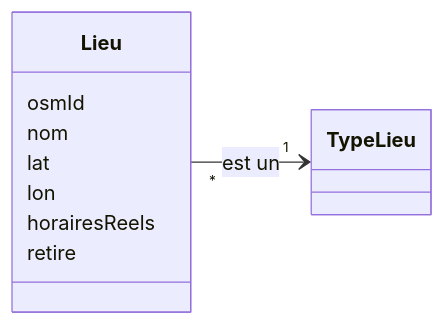
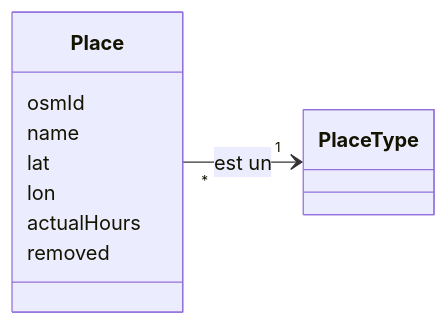
The second of 4 diagrams in docs/reference/DATA-MODEL.md (akartikus/pistouil), drawn with Mermaid before and after one commit. The commit also changed other lines of this file, not shown here.

````diff
--- a/docs/reference/DATA-MODEL.md
+++ b/docs/reference/DATA-MODEL.md
@@ -83,13 +87,13 @@
 ```mermaid
 classDiagram
   direction LR
-  class Lieu {
+  class Place {
     osmId
-    nom
+    name
     lat
     lon
-    horairesReels
-    retire
+    actualHours
+    removed
   }
-  Lieu "*" --> "1" TypeLieu : est un
+  Place "*" --> "1" PlaceType : est un
 ```
````
